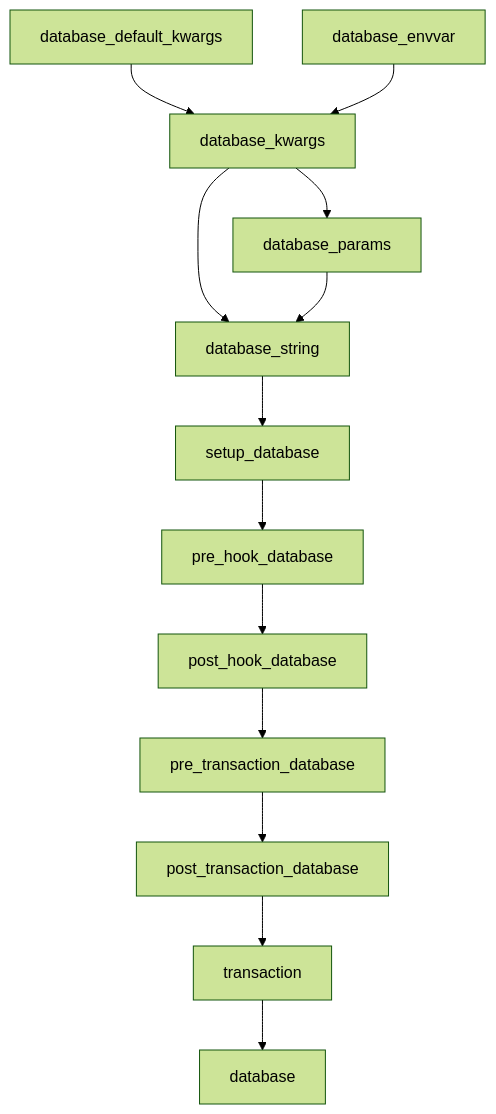
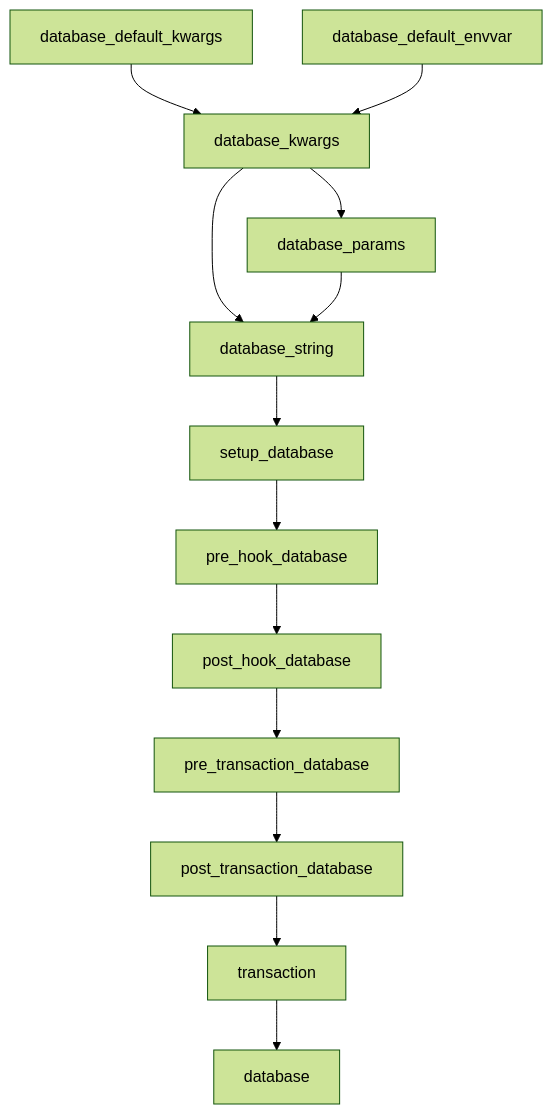
Before and after one commit to johanjk/pytest_peewee: the diagram in docs/fixtures.md, drawn with Mermaid (forest theme). The commit also changed other lines of this file and 3 other files, not shown here.

````diff
--- a/docs/fixtures.md
+++ b/docs/fixtures.md
@@ -30,30 +30,30 @@
 ```mermaid
 flowchart TD;
   DDK["database_default_kwargs"];
-  DE["database_envvar"];
+  DE["database_default_envvar"];
   DK["database_kwargs"];
   DP["database_params"];
   DS["database_string"];
   SD["setup_database"];
 
   PH0["pre_hook_database"];
   PH1["post_hook_database"];
   PT0["pre_transaction_database"];
   PT1["post_transaction_database"];
   T["transaction"];
   D["database"];
 
   DDK --> DK;
   DE --> DK;
   DK --> DS;
   DK --> DP;
   DP --> DS;
   DS --> SD;
 
   SD --> PH0;
   PH0 --> PH1;
   PH1 --> PT0;
   PT0 --> PT1;
   PT1 --> T;
   T --> D;
 ```
````
